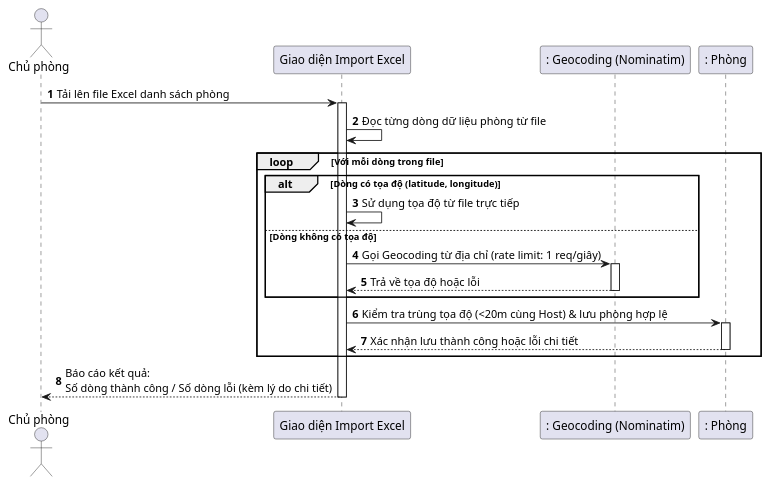
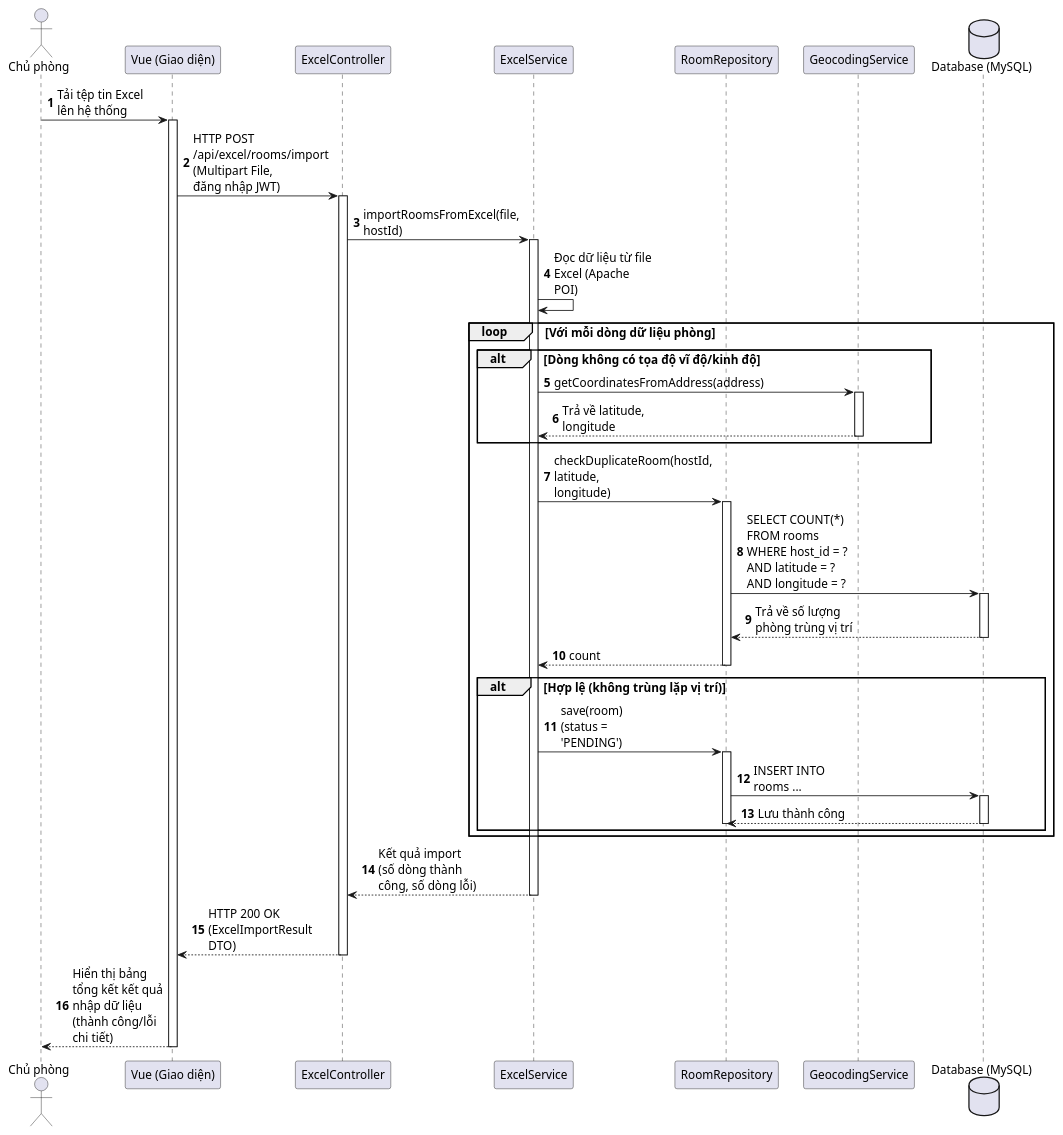
Before and after one commit to kienpham23/BuddingHotelStay-frontend: diagram 18 of 28 in huong_dan_ve_bieu_do.md, drawn with PlantUML. The commit also changed other lines of this file and 16 other files, not shown here.

Commit message:
Cập nhập sửa giao diện

````diff
--- a/huong_dan_ve_bieu_do.md
+++ b/huong_dan_ve_bieu_do.md
@@ -630,32 +642,58 @@
 ```plantuml
 @startuml
 autonumber
+skinparam DefaultFontSize 14
+skinparam MaxMessageSize 120
+skinparam ParticipantPadding 10
+skinparam BoxPadding 10
 actor "Chủ phòng" as Host
-participant "Giao diện Import Excel" as GUI
-participant ": Geocoding (Nominatim)" as Geocoding
-participant ": Phòng" as Room
+participant "Vue (Giao diện)" as Vue
+participant "ExcelController" as Controller
+participant "ExcelService" as Service
+participant "RoomRepository" as RoomRepo
+participant "GeocodingService" as GeoSvc
+database "Database (MySQL)" as DB
 
-Host -> GUI : Tải lên file Excel danh sách phòng
-activate GUI
+Host -> Vue : Tải tệp tin Excel lên hệ thống
+activate Vue
+Vue -> Controller : HTTP POST /api/excel/rooms/import (Multipart File, đăng nhập JWT)
+activate Controller
+Controller -> Service : importRoomsFromExcel(file, hostId)
+activate Service
 
-GUI -> GUI : Đọc từng dòng dữ liệu phòng từ file
+Service -> Service : Đọc dữ liệu từ file Excel (Apache POI)
+loop Với mỗi dòng dữ liệu phòng
+    alt Dòng không có tọa độ vĩ độ/kinh độ
+        Service -> GeoSvc : getCoordinatesFromAddress(address)
+        activate GeoSvc
+        GeoSvc --> Service : Trả về latitude, longitude
+        deactivate GeoSvc
+    end
+    Service -> RoomRepo : checkDuplicateRoom(hostId, latitude, longitude)
+    activate RoomRepo
+    RoomRepo -> DB : SELECT COUNT(*) FROM rooms WHERE host_id = ? AND latitude = ? AND longitude = ?
+    activate DB
+    DB --> RoomRepo : Trả về số lượng phòng trùng vị trí
+    deactivate DB
+    RoomRepo --> Service : count
+    deactivate RoomRepo
 
-loop Với mỗi dòng trong file
-    alt Dòng có tọa độ (latitude, longitude)
-        GUI -> GUI : Sử dụng tọa độ từ file trực tiếp
-    else Dòng không có tọa độ
-        GUI -> Geocoding : Gọi Geocoding từ địa chỉ (rate limit: 1 req/giây)
-        activate Geocoding
-        Geocoding --> GUI : Trả về tọa độ hoặc lỗi
-        deactivate Geocoding
+    alt Hợp lệ (không trùng lặp vị trí)
+        Service -> RoomRepo : save(room) (status = 'PENDING')
+        activate RoomRepo
+        RoomRepo -> DB : INSERT INTO rooms ...
+        activate DB
+        DB --> RoomRepo : Lưu thành công
+        deactivate DB
+        deactivate RoomRepo
     end
-    GUI -> Room : Kiểm tra trùng tọa độ (<20m cùng Host) & lưu phòng hợp lệ
-    activate Room
-    Room --> GUI : Xác nhận lưu thành công hoặc lỗi chi tiết
-    deactivate Room
 end
 
-GUI --> Host : Báo cáo kết quả:\nSố dòng thành công / Số dòng lỗi (kèm lý do chi tiết)
-deactivate GUI
+Service --> Controller : Kết quả import (số dòng thành công, số dòng lỗi)
+deactivate Service
+Controller --> Vue : HTTP 200 OK (ExcelImportResult DTO)
+deactivate Controller
+Vue --> Host : Hiển thị bảng tổng kết kết quả nhập dữ liệu (thành công/lỗi chi tiết)
+deactivate Vue
 @enduml
 ```
````
